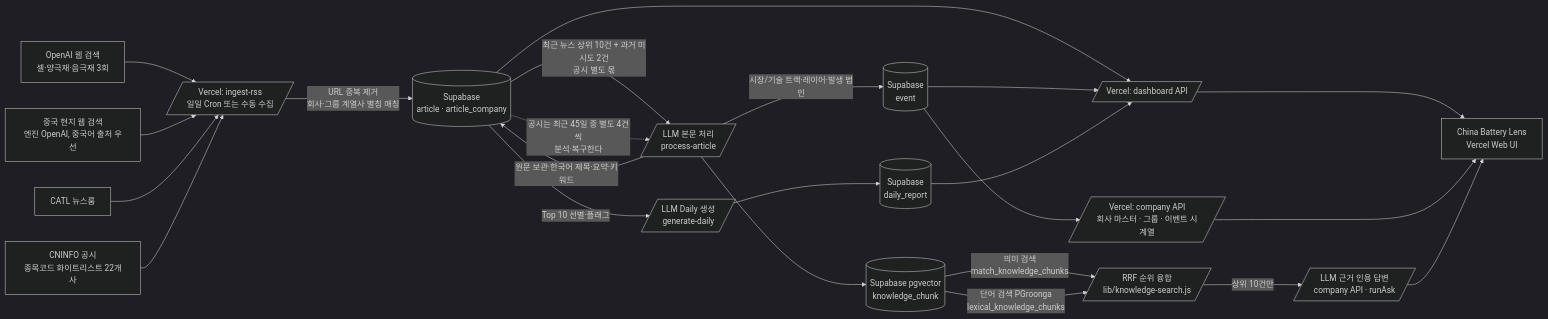
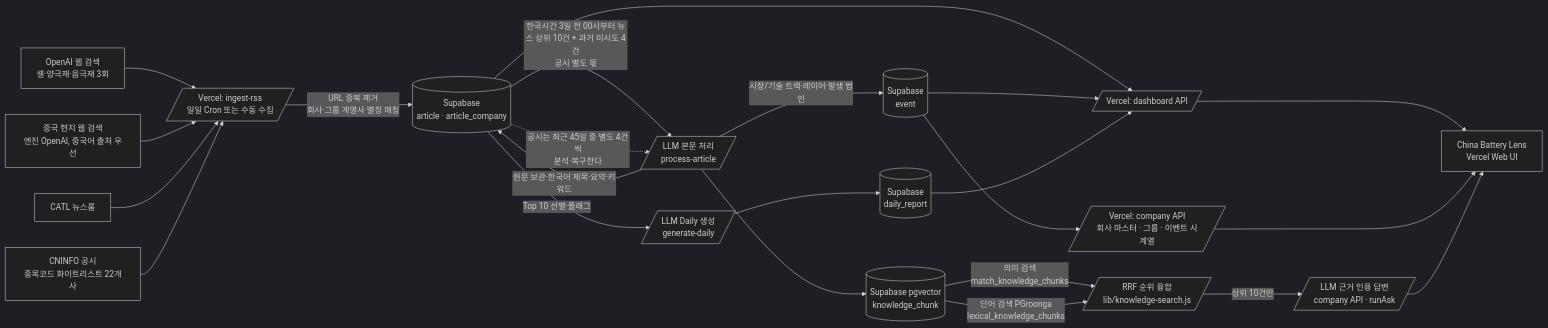
Before and after one commit to dongiljeffjang-ux/china_battery_info: the first of 2 diagrams in architecture.md, drawn with Mermaid (dark theme). The commit also changed other lines of this file and 4 other files, not shown here.

````diff
--- a/architecture.md
+++ b/architecture.md
@@ -17,32 +17,32 @@
 ```mermaid
 flowchart LR
   OAI[OpenAI 웹 검색<br>셀·양극재·음극재 3회] --> INGEST
   DS[중국 현지 웹 검색<br>엔진 OpenAI, 중국어 출처 우선] --> INGEST
   CATLNEWS[CATL 뉴스룸] --> INGEST
   CNINFO[CNINFO 공시<br>종목코드 화이트리스트 22개사] --> INGEST
 
   INGEST[/Vercel: ingest-rss<br>일일 Cron 또는 수동 수집/]
   INGEST -->|URL 중복 제거<br>회사·그룹 계열사 별칭 매칭| ARTICLE[(Supabase<br>article · article_company)]
 
-  ARTICLE -->|최근 뉴스 상위 10건 + 과거 미시도 2건<br>공시 별도 몫| PROCESS[/LLM 본문 처리<br>process-article/]
+  ARTICLE -->|한국시간 3일 전 00시부터 뉴스 상위 10건 + 과거 미시도 4건<br>공시 별도 몫| PROCESS[/LLM 본문 처리<br>process-article/]
   ARTICLE -.->|공시는 최근 45일 중 별도 4건씩<br>분석·복구한다| PROCESS
 
   PROCESS -->|원문 보관·한국어 제목·요약·키워드| ARTICLE
   PROCESS -->|시장/기술 트랙·레이어·발생 법인| EVENT[(Supabase<br>event)]
   PROCESS --> VECTOR[(Supabase pgvector<br>knowledge_chunk)]
 
   ARTICLE -->|Top 10 선별·플래그| DAILY[/LLM Daily 생성<br>generate-daily/]
   DAILY --> REPORT[(Supabase<br>daily_report)]
 
   ARTICLE --> DASH[/Vercel: dashboard API/]
   EVENT --> DASH
   REPORT --> DASH
   DASH --> UI[China Battery Lens<br>Vercel Web UI]
 
   EVENT --> COMPANY[/Vercel: company API<br>회사 마스터 · 그룹 · 이벤트 시계열/]
   COMPANY --> UI
   VECTOR -->|의미 검색<br>match_knowledge_chunks| FUSE[/RRF 순위 융합<br>lib/knowledge-search.js/]
   VECTOR -->|단어 검색 PGroonga<br>lexical_knowledge_chunks| FUSE
   FUSE -->|상위 10건만| ASK[/LLM 근거 인용 답변<br>company API · runAsk/]
   ASK --> UI
 ```
````
